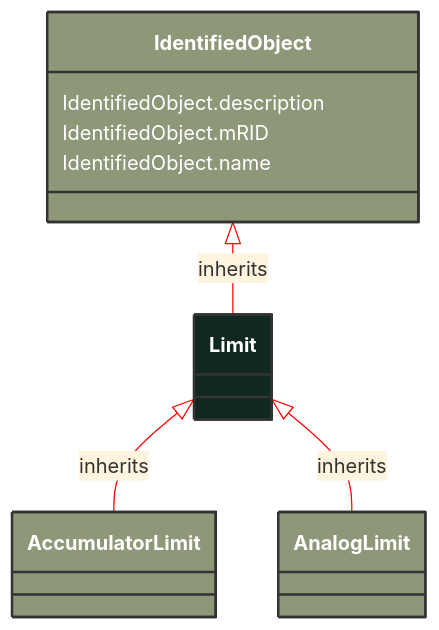
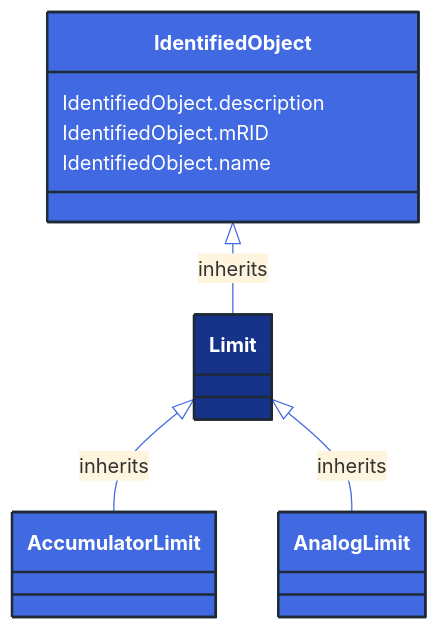
The diagram in docs/Models/Profiles/Operation/AbstractClasses/Limit.md (3lbits/NoCIMExtensions), drawn with Mermaid before and after one commit. The commit also changed 362 other files, not shown here.

First line of the commit message:
Update diagrams and styles for improved visual consistency

````diff
--- a/docs/Models/Profiles/Operation/AbstractClasses/Limit.md
+++ b/docs/Models/Profiles/Operation/AbstractClasses/Limit.md
@@ -10,29 +10,29 @@
 ```mermaid
-%%{init: {'theme':'base','themeVariables': {'lineColor': '#FF0000'}}}%%
+%%{init: {'theme':'base','themeVariables': {'lineColor': '#4169E1'}}}%%
 classDiagram
     class Limit
     click Limit href "/Models/Profiles/Operation/AbstractClasses/Limit/"
-    style Limit fill:#102820,stroke:#333,stroke-width:2px,rx:10,ry:10,color:white
+    style Limit fill:#163289,stroke:#1F2A37,stroke-width:2px,rx:10,ry:10,color:white
 
         Limit <|-- AccumulatorLimit : inherits
 
         AccumulatorLimit
             click AccumulatorLimit href "/Models/Profiles/Operation/AbstractClasses/AccumulatorLimit/"
-            style AccumulatorLimit fill:#8F9779,stroke:#333,stroke-width:2px,rx:10,ry:10,color:white
+            style AccumulatorLimit fill:#4169E1,stroke:#1F2A37,stroke-width:2px,rx:10,ry:10,color:white
 
         Limit <|-- AnalogLimit : inherits
 
         AnalogLimit
             click AnalogLimit href "/Models/Profiles/Operation/ConcreteClasses/AnalogLimit/"
-            style AnalogLimit fill:#8F9779,stroke:#333,stroke-width:2px,rx:10,ry:10,color:white
+            style AnalogLimit fill:#4169E1,stroke:#1F2A37,stroke-width:2px,rx:10,ry:10,color:white
      
         IdentifiedObject <|-- Limit : inherits
             click IdentifiedObject href "/Models/Profiles/Operation/AbstractClasses/IdentifiedObject/"
-            style IdentifiedObject fill:#8F9779,stroke:#333,stroke-width:2px,rx:10,ry:10,color:white
+            style IdentifiedObject fill:#4169E1,stroke:#1F2A37,stroke-width:2px,rx:10,ry:10,color:white
 
 
 
         IdentifiedObject : IdentifiedObject.description
         IdentifiedObject : IdentifiedObject.mRID
         IdentifiedObject : IdentifiedObject.name
 ```
````
